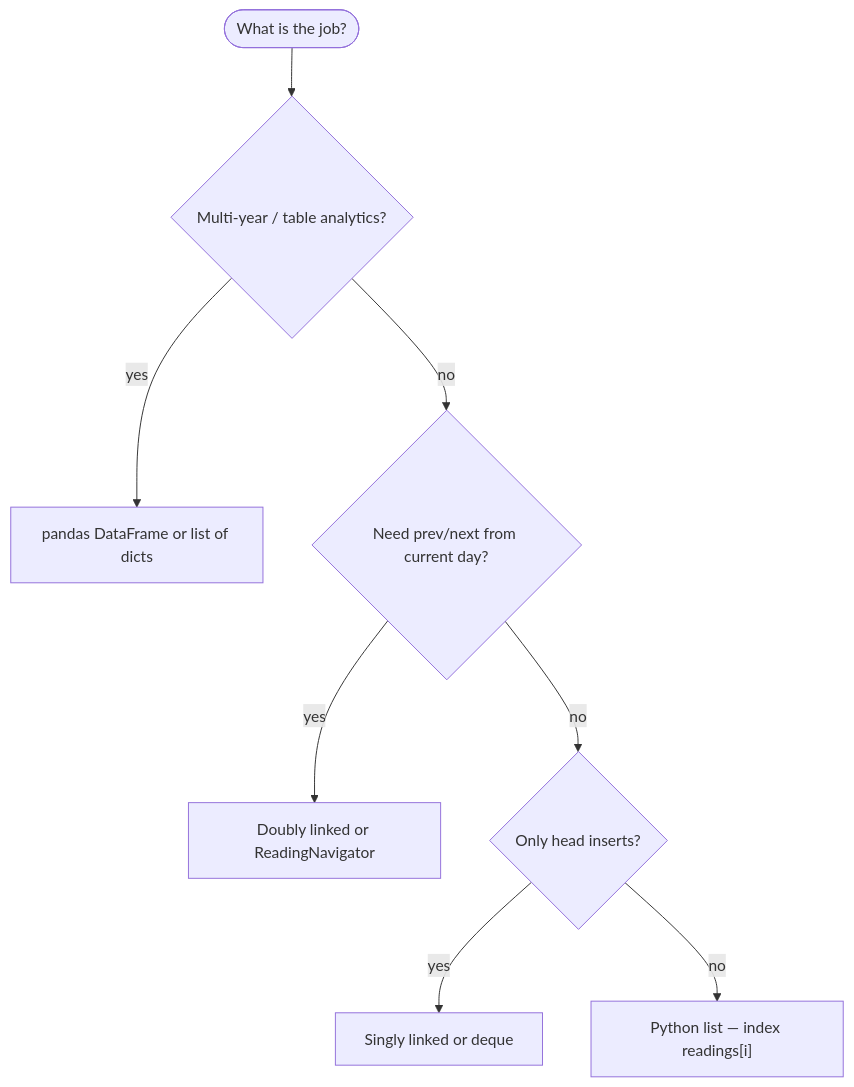
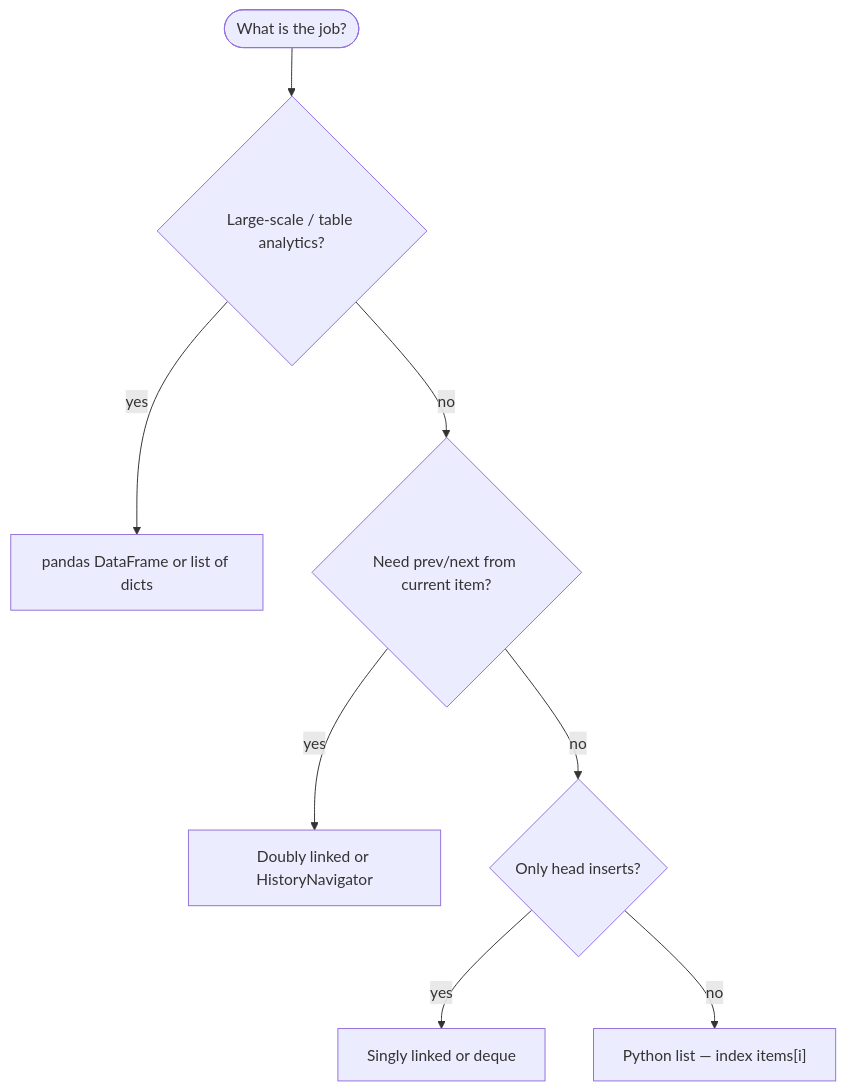
The tenth of 10 diagrams in docs/dsa/data-structures/doubly-linked-list/index.md (qgjones9/python-programming-guide), drawn with Mermaid before and after one commit. The commit also changed other lines of this file and 31 other files, not shown here.

````diff
--- a/docs/dsa/data-structures/doubly-linked-list/index.md
+++ b/docs/dsa/data-structures/doubly-linked-list/index.md
@@ -1163,11 +1163,11 @@
 ```mermaid
 flowchart TD
   Q([What is the job?])
-  Q --> S{Multi-year / table analytics?}
+  Q --> S{Large-scale / table analytics?}
   S -->|yes| DF["pandas DataFrame or list of dicts"]
-  S -->|no| B{Need prev/next from current day?}
-  B -->|yes| DLL["Doubly linked or ReadingNavigator"]
+  S -->|no| B{Need prev/next from current item?}
+  B -->|yes| DLL["Doubly linked or HistoryNavigator"]
   B -->|no| E{Only head inserts?}
   E -->|yes| SLL["Singly linked or deque"]
-  E -->|no| L["Python list — index readings[i]"]
+  E -->|no| L["Python list — index items[i]"]
 ```
````
